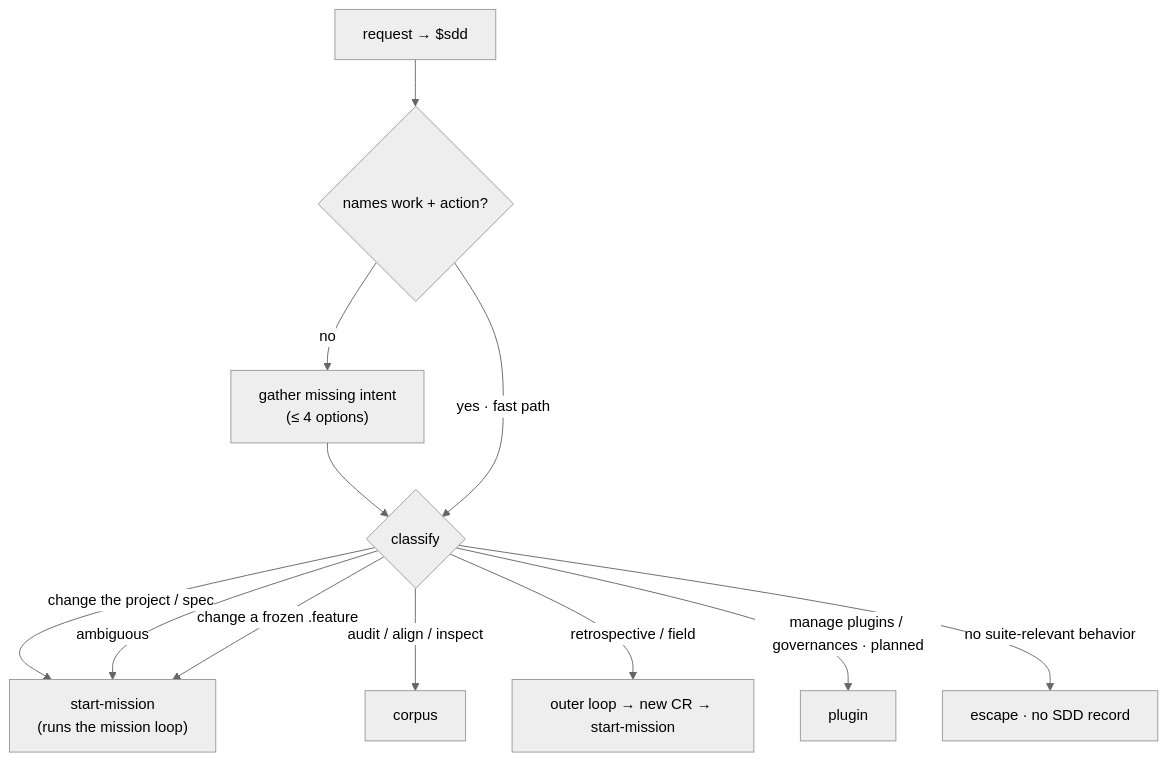
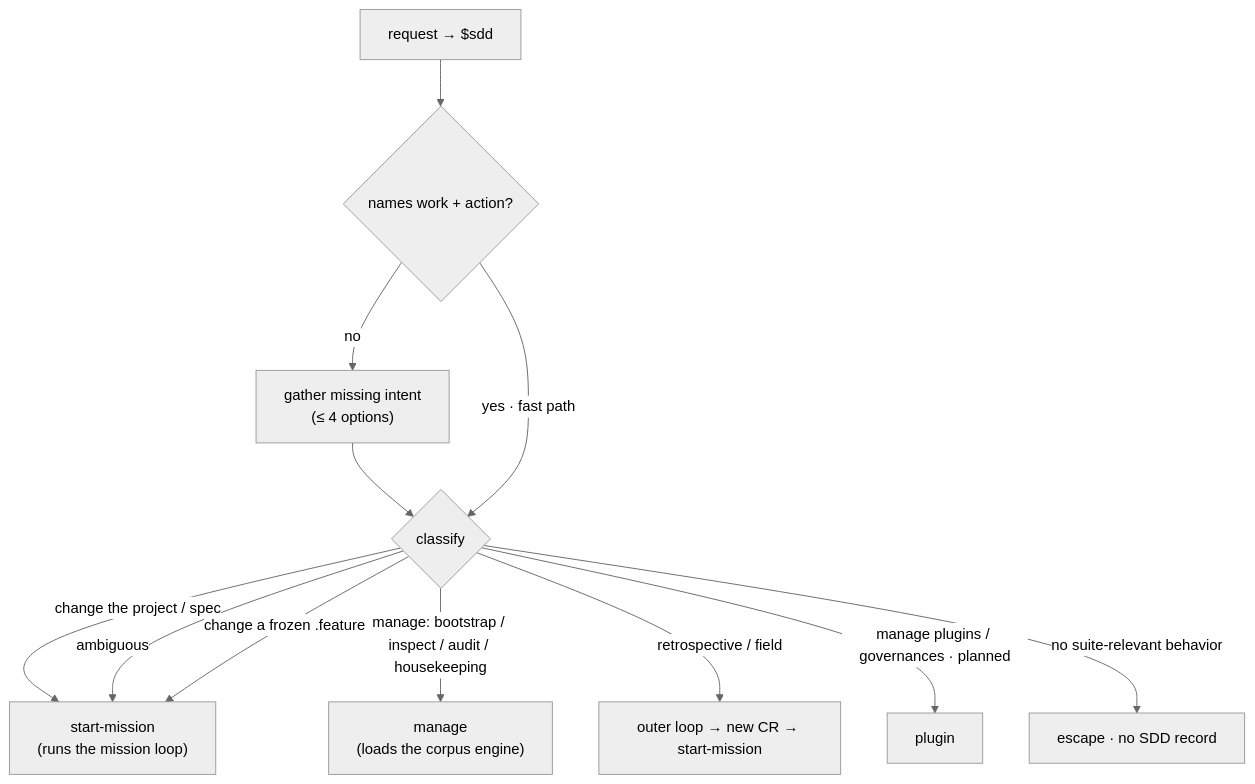
The diagram in .agents/specs/sdd/gateway/README.md (cyberuni/cyber-sdd), drawn with Mermaid (neutral theme) before and after one commit. The commit also changed other lines of this file and 5 other files, not shown here.

````diff
--- a/.agents/specs/sdd/gateway/README.md
+++ b/.agents/specs/sdd/gateway/README.md
@@ -103,13 +103,13 @@
 ```mermaid
 flowchart TD
     REQ["request → $sdd"] --> BARE{"names work + action?"}
     BARE -->|no| GATHER["gather missing intent<br/>(≤ 4 options)"] --> CLASSIFY
     BARE -->|yes · fast path| CLASSIFY{classify}
     CLASSIFY -->|change the project / spec| SM["start-mission<br/>(runs the mission loop)"]
-    CLASSIFY -->|audit / align / inspect| CORPUS[corpus]
+    CLASSIFY -->|manage: bootstrap / inspect / audit / housekeeping| MANAGE["manage<br/>(loads the corpus engine)"]
     CLASSIFY -->|retrospective / field| OUTER["outer loop → new CR → start-mission"]
     CLASSIFY -->|manage plugins / governances · planned| PLUGIN["plugin"]
     CLASSIFY -->|no suite-relevant behavior| ESCAPE["escape · no SDD record"]
     CLASSIFY -->|ambiguous| SM
     CLASSIFY -->|change a frozen .feature| SM
 ```
````
